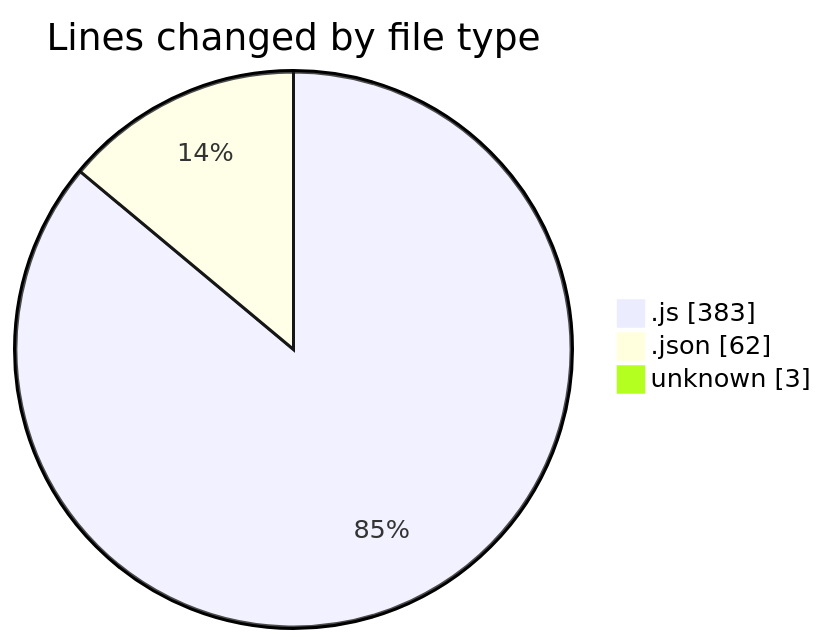
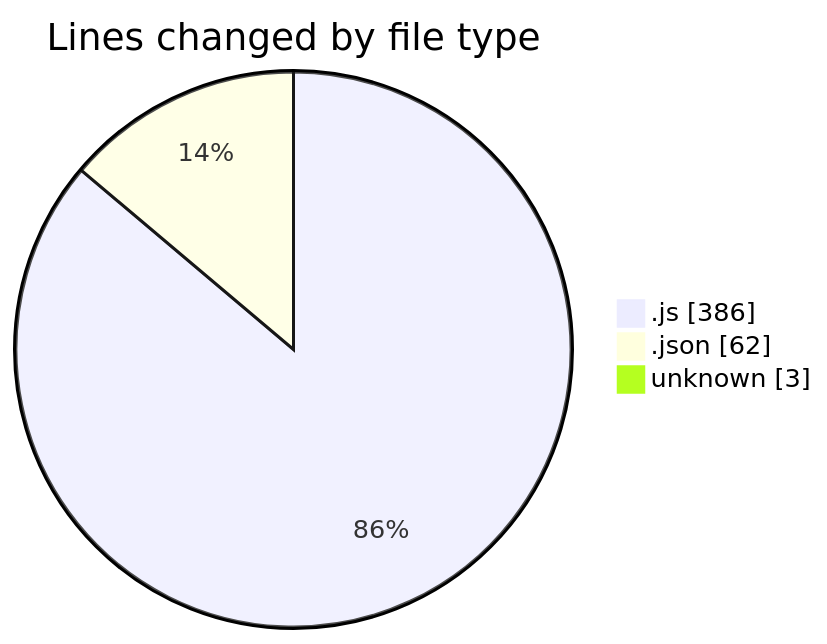
The first of 2 diagrams in 2025-07-02/mern-thinkboard/README.md (Ritupan-Deka/code-tracking), drawn with Mermaid before and after one commit. The commit also changed other lines of this file and 1 other file, not shown here.

````diff
--- a/2025-07-02/mern-thinkboard/README.md
+++ b/2025-07-02/mern-thinkboard/README.md
@@ -28,7 +28,7 @@
 ```mermaid
 pie showData
 title Lines changed by file type
-".js" : 383
+".js" : 386
 ".json" : 62
 "unknown" : 3
 ```
````
